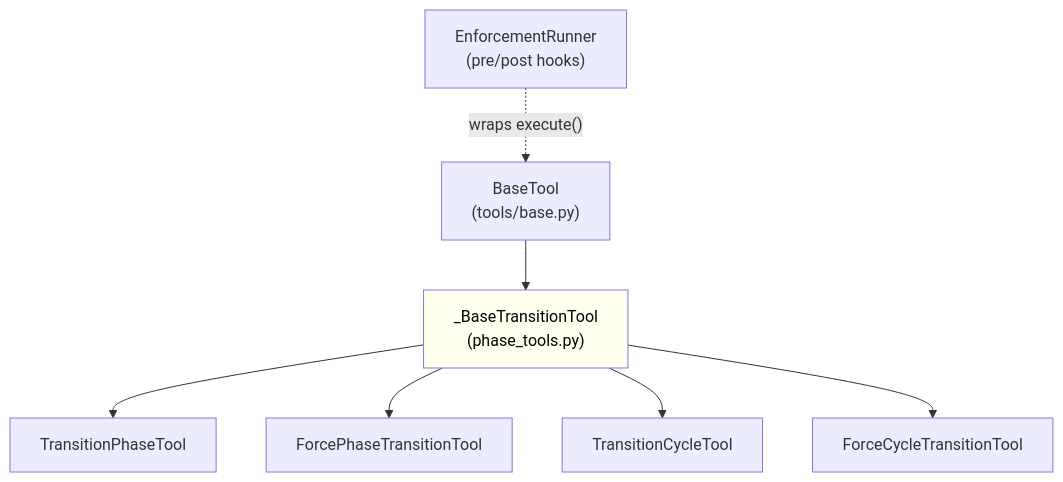
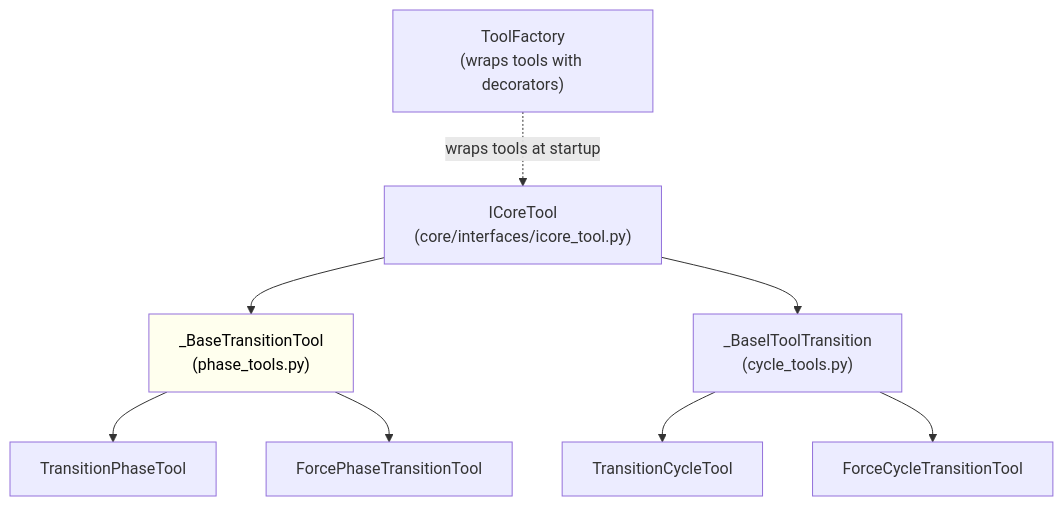
The first of 2 diagrams in docs/mcp_server/architectural_diagrams/03_tool_layer.md (MikeyVK/phase-gate-mcp), drawn with Mermaid before and after one commit. The commit also changed other lines of this file and 10 other files, not shown here.

````diff
--- a/docs/mcp_server/architectural_diagrams/03_tool_layer.md
+++ b/docs/mcp_server/architectural_diagrams/03_tool_layer.md
@@ -30,19 +30,21 @@
 ```mermaid
 graph TD
-    BT["BaseTool<br/>(tools/base.py)"]
+    ICT["ICoreTool<br/>(core/interfaces/icore_tool.py)"]
     BBT["_BaseTransitionTool<br/>(phase_tools.py)"]
+    BBCT["_BaseIToolTransition<br/>(cycle_tools.py)"]
     TP["TransitionPhaseTool"]
     FP["ForcePhaseTransitionTool"]
     TC["TransitionCycleTool"]
     FC["ForceCycleTransitionTool"]
-    ER["EnforcementRunner<br/>(pre/post hooks)"]
+    TF["ToolFactory<br/>(wraps tools with decorators)"]
 
-    BT --> BBT
+    ICT --> BBT
+    ICT --> BBCT
     BBT --> TP
     BBT --> FP
-    BBT --> TC
-    BBT --> FC
-    ER -.->|"wraps execute()"| BT
+    BBCT --> TC
+    BBCT --> FC
+    TF -.->|"wraps tools at startup"| ICT
 
     style BBT fill:#ffe,color:#000
 ```
````
